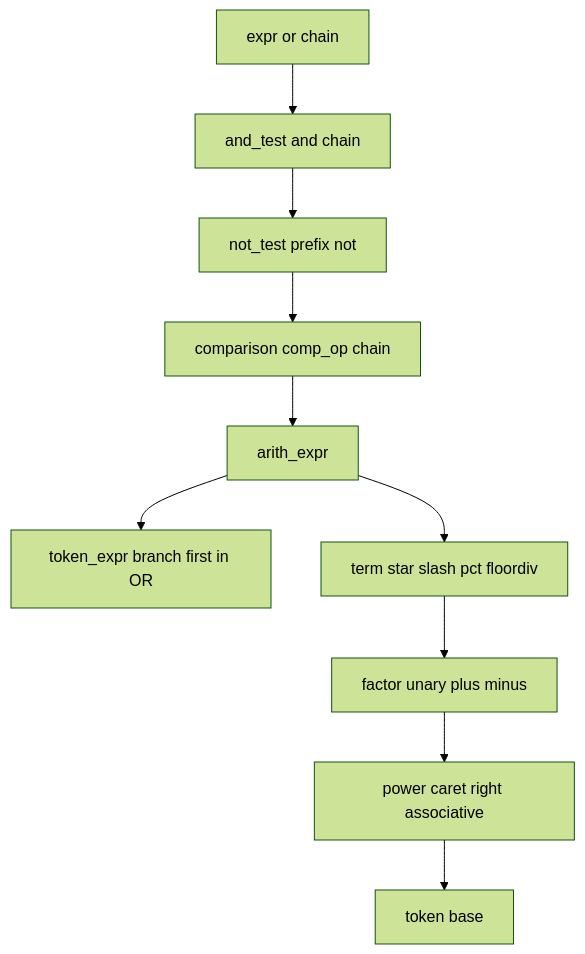
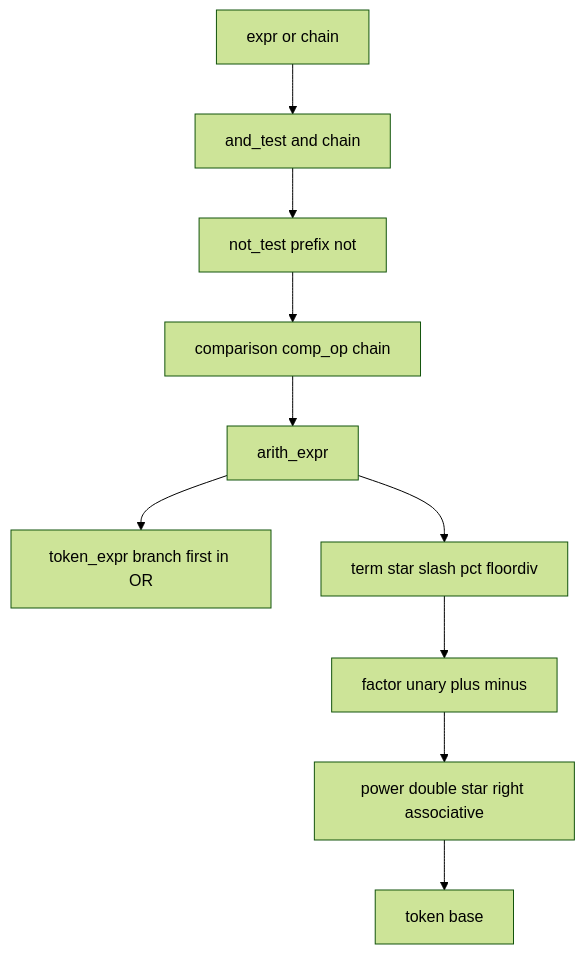
One commit to goldbuick/zed-software-system changed the fifth of 7 diagrams in zss/lang/docs/architecture.md. Above: the diagram before and after it, drawn with Mermaid (forest theme). The commit also changed other lines of this file and 34 other files, not shown here.

````diff
--- a/zss/lang/docs/architecture.md
+++ b/zss/lang/docs/architecture.md
@@ -130,17 +130,17 @@
 ```mermaid
 flowchart TB
   layerExpr["expr or chain"]
   layerAnd["and_test and chain"]
   layerNot["not_test prefix not"]
   layerCmp["comparison comp_op chain"]
   layerArith["arith_expr"]
   branchTok["token_expr branch first in OR"]
   layerTerm["term star slash pct floordiv"]
   layerFactor["factor unary plus minus"]
-  layerPower["power caret right associative"]
+  layerPower["power double star right associative"]
   layerAtom["token base"]
   layerExpr --> layerAnd --> layerNot --> layerCmp --> layerArith
   layerArith --> branchTok
   layerArith --> layerTerm
   layerTerm --> layerFactor --> layerPower --> layerAtom
 ```
````
